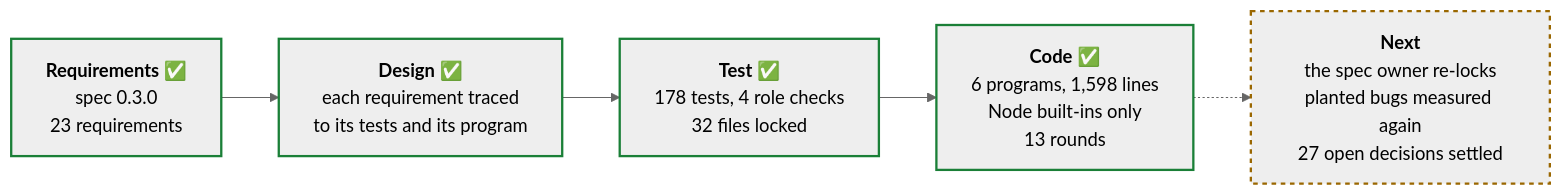
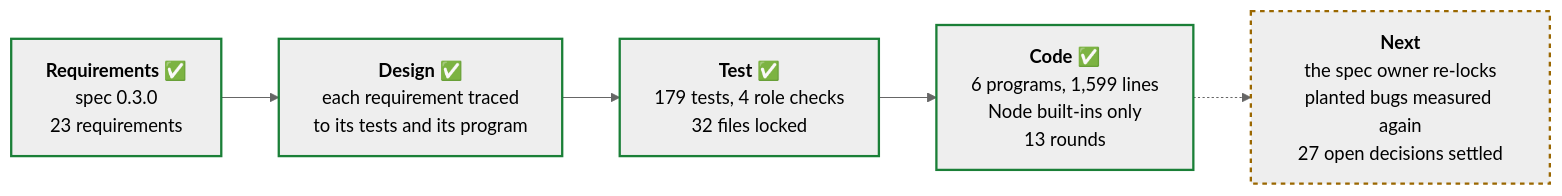
The third of 4 diagrams in README.md (PaulDuvall/adlc-security-reviewer), drawn with Mermaid (neutral theme) before and after one commit. The commit also changed other lines of this file and 2 other files, not shown here.

First line of the commit message:
Code stage round 13: environment patterns in linear time

````diff
--- a/README.md
+++ b/README.md
@@ -248,13 +248,13 @@
 ```mermaid
 flowchart LR
   req["<b>Requirements</b> ✅<br/>spec 0.3.0<br/>23 requirements"]
   des["<b>Design</b> ✅<br/>each requirement traced<br/>to its tests and its program"]
-  tst["<b>Test</b> ✅<br/>178 tests, 4 role checks<br/>32 files locked"]
-  cod["<b>Code</b> ✅<br/>6 programs, 1,598 lines<br/>Node built-ins only<br/>13 rounds"]
+  tst["<b>Test</b> ✅<br/>179 tests, 4 role checks<br/>32 files locked"]
+  cod["<b>Code</b> ✅<br/>6 programs, 1,599 lines<br/>Node built-ins only<br/>13 rounds"]
   nxt["<b>Next</b><br/>the spec owner re-locks<br/>planted bugs measured again<br/>27 open decisions settled"]
   req --> des --> tst --> cod -.-> nxt
   classDef done stroke:#1a7f37,stroke-width:2px
   classDef next stroke:#9a6700,stroke-width:2px,stroke-dasharray:4
   class req,des,tst,cod done
   class nxt next
 ```
````
